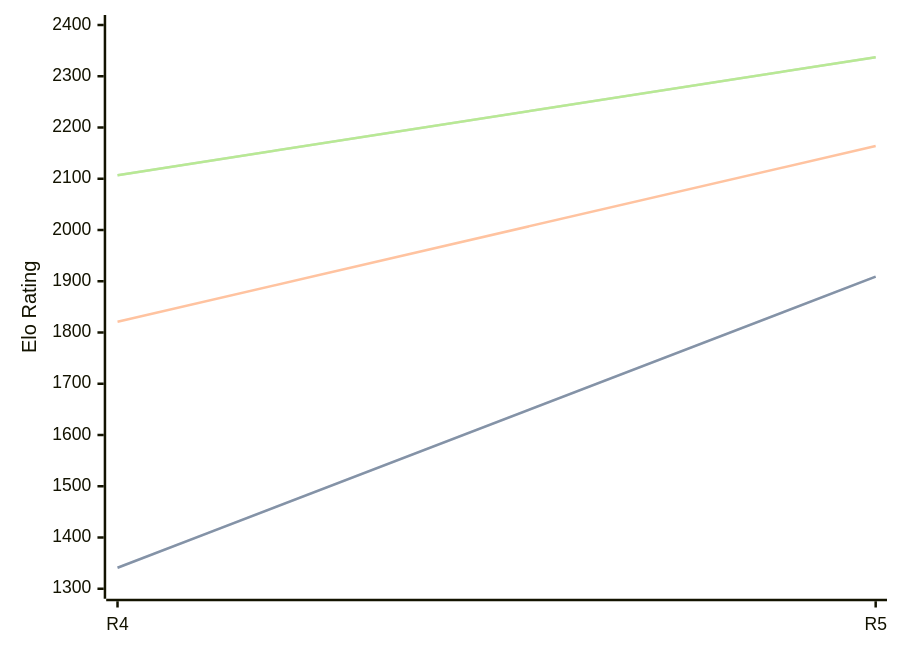
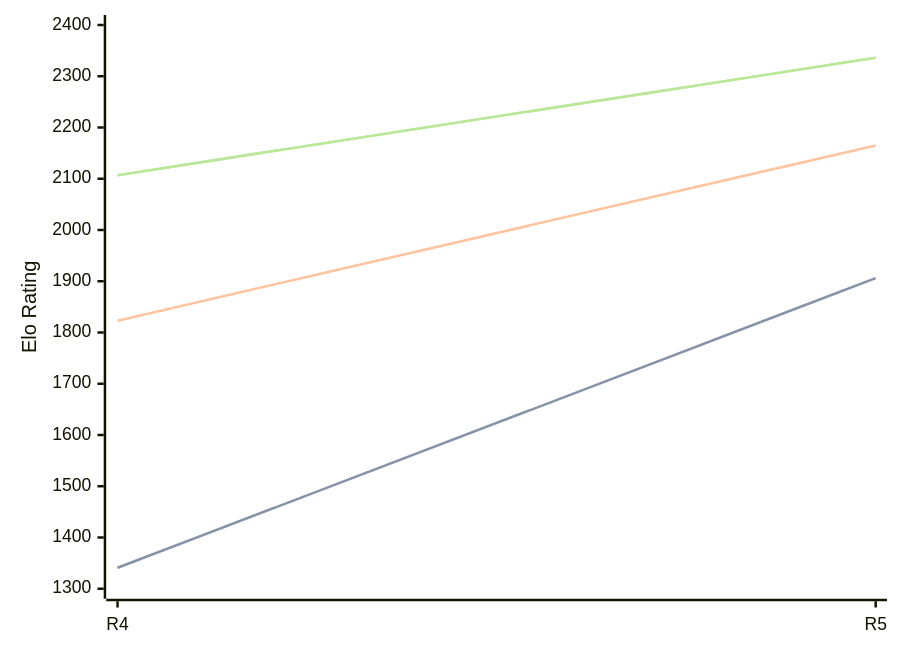
One commit to computer-chess-index/cci changed the diagram in engines/Viking.md. Above: the diagram before and after it, drawn with Mermaid. The commit also changed other lines of this file, not shown here.

Commit message:
Update CCI Ratings (ELO VLTC) - 2026-08-15

````diff
--- a/engines/Viking.md
+++ b/engines/Viking.md
@@ -35,11 +35,11 @@
 ```mermaid
 %%{init: {"theme":"base","themeVariables":{"seriesColors:['#a3a3a3','#222221','#faa371']}}}%%
 xychart-beta
   x-axis ["R4", "R5"]
   y-axis "Elo Rating" 1300 --> 2400
-  line "STC (8.0+0.08s)" [1341, 1909]
-  line "STC (8.0+0.08s)" [1341, 1909]
-  line "LTC (60.0+0.60s)" [1821, 2164]
-  line "VLTC (2m24s+1.12s)" [2107, 2337]
-  line "VLTC (2m24s+1.12s)" [2107, 2337]
+  line "STC (8.0+0.08s)" [1341, 1906]
+  line "STC (8.0+0.08s)" [1341, 1906]
+  line "LTC (60.0+0.60s)" [1823, 2165]
+  line "VLTC (2m24s+1.12s)" [2107, 2336]
+  line "VLTC (2m24s+1.12s)" [2107, 2336]
 ```
````
